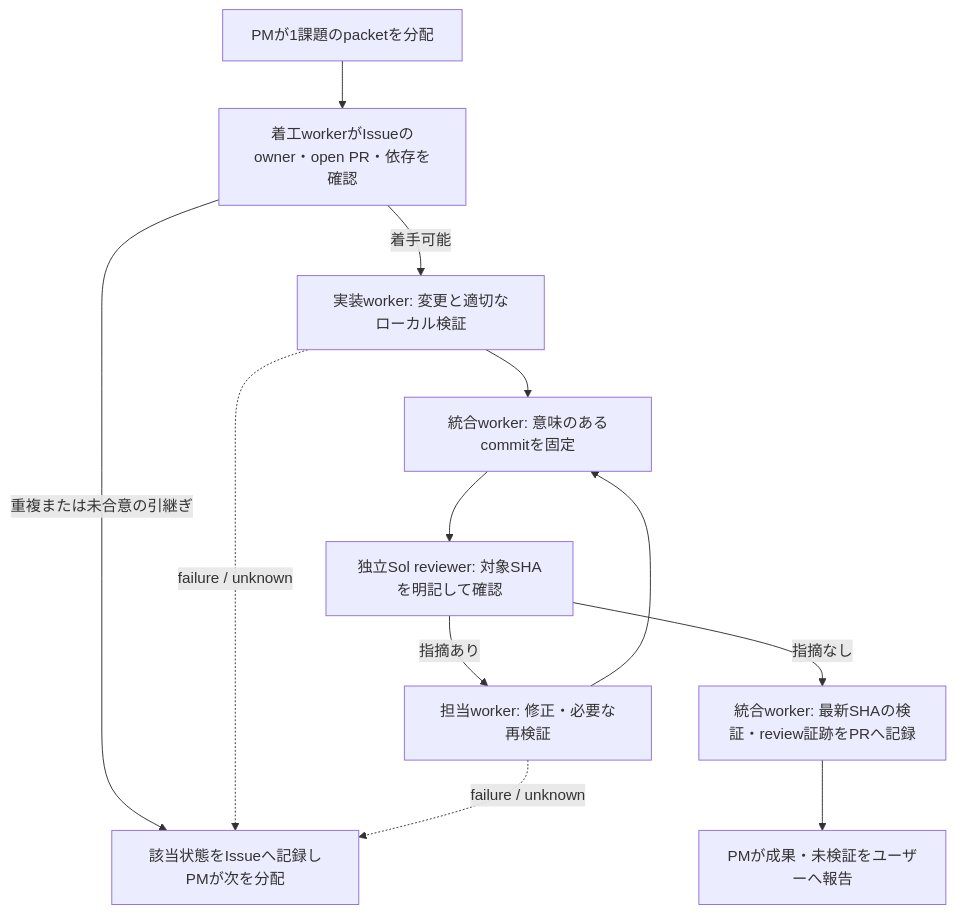
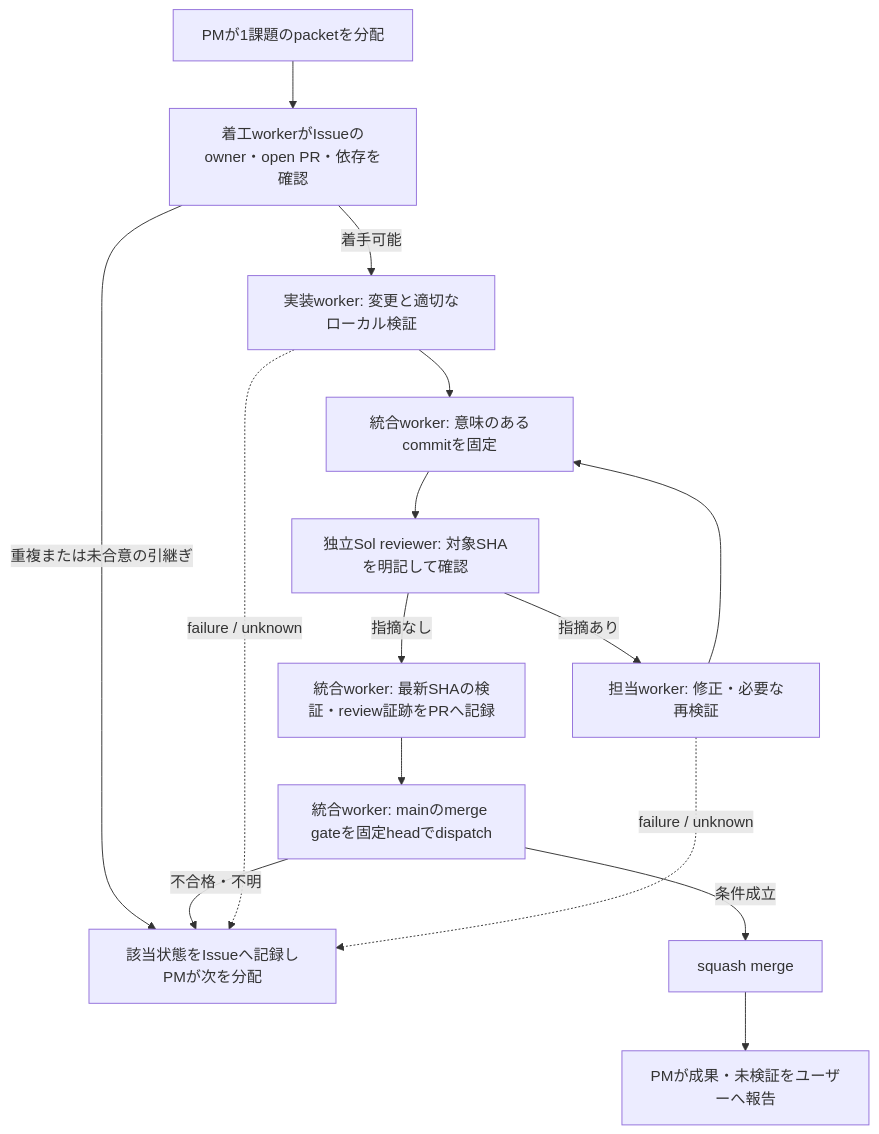
The diagram in docs/runbooks/single-task-loop.md (yomote/agent-world), drawn with Mermaid before and after one commit. The commit also changed other lines of this file and 11 other files, not shown here.

Commit message:
feat: add trusted merge gate (#7)

````diff
--- a/docs/runbooks/single-task-loop.md
+++ b/docs/runbooks/single-task-loop.md
@@ -5,14 +5,17 @@
 ```mermaid
 flowchart TD
   Start[PMが1課題のpacketを分配] --> Check[着工workerがIssueのowner・open PR・依存を確認]
   Check -->|重複または未合意の引継ぎ| Record[該当状態をIssueへ記録しPMが次を分配]
   Check -->|着手可能| Implement[実装worker: 変更と適切なローカル検証]
   Implement --> Commit[統合worker: 意味のあるcommitを固定]
   Commit --> Review[独立Sol reviewer: 対象SHAを明記して確認]
   Review -->|指摘あり| Fix[担当worker: 修正・必要な再検証]
   Fix --> Commit
   Review -->|指摘なし| Evidence[統合worker: 最新SHAの検証・review証跡をPRへ記録]
-  Evidence --> Handoff[PMが成果・未検証をユーザーへ報告]
+  Evidence --> Gate[統合worker: mainのmerge gateを固定headでdispatch]
+  Gate -->|条件成立| Merge[squash merge]
+  Gate -->|不合格・不明| Record
+  Merge --> Handoff[PMが成果・未検証をユーザーへ報告]
   Implement -. failure / unknown .-> Record
   Fix -. failure / unknown .-> Record
 ```
````
